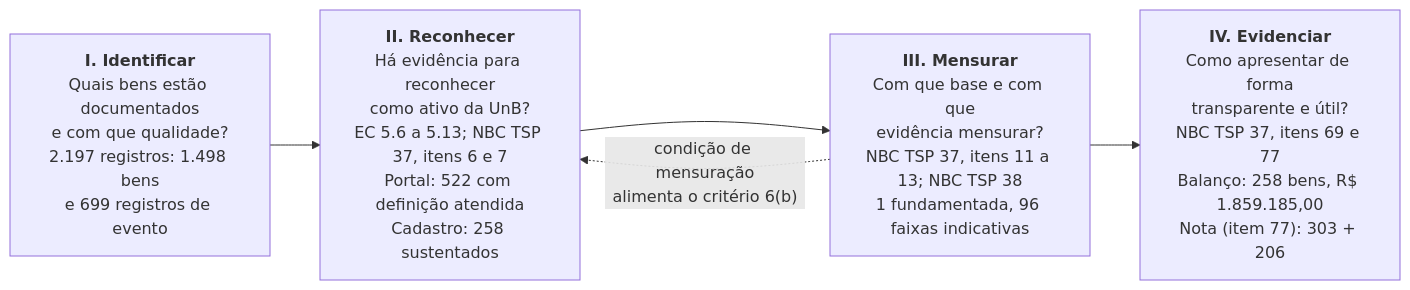
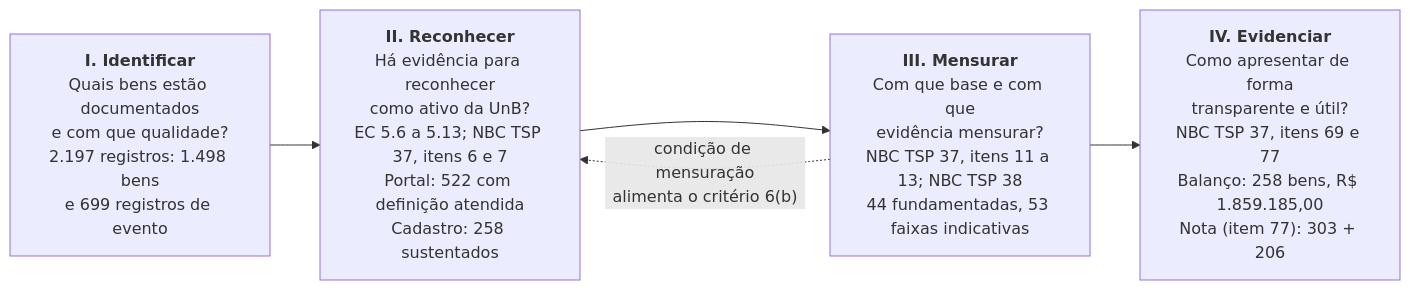
Before and after one commit to atalaiaempreendimentos-bot/hackhathonunb: the first of 2 diagrams in README.md, drawn with Mermaid. The commit also changed other lines of this file and 12 other files, not shown here.

````diff
--- a/README.md
+++ b/README.md
@@ -80,9 +80,9 @@
 ```mermaid
 flowchart LR
   I["<b>I. Identificar</b><br/>Quais bens estão documentados<br/>e com que qualidade?<br/>2.197 registros: 1.498 bens<br/>e 699 registros de evento"]
   R["<b>II. Reconhecer</b><br/>Há evidência para reconhecer<br/>como ativo da UnB?<br/>EC 5.6 a 5.13; NBC TSP 37, itens 6 e 7<br/>Portal: 522 com definição atendida<br/>Cadastro: 258 sustentados"]
-  M["<b>III. Mensurar</b><br/>Com que base e com que<br/>evidência mensurar?<br/>NBC TSP 37, itens 11 a 13; NBC TSP 38<br/>1 fundamentada, 96 faixas indicativas"]
+  M["<b>III. Mensurar</b><br/>Com que base e com que<br/>evidência mensurar?<br/>NBC TSP 37, itens 11 a 13; NBC TSP 38<br/>44 fundamentadas, 53 faixas indicativas"]
   E["<b>IV. Evidenciar</b><br/>Como apresentar de forma<br/>transparente e útil?<br/>NBC TSP 37, itens 69 e 77<br/>Balanço: 258 bens, R$ 1.859.185,00<br/>Nota (item 77): 303 + 206"]
   I --> R --> M --> E
   M -. "condição de mensuração<br/>alimenta o critério 6(b)" .-> R
 ```
````
